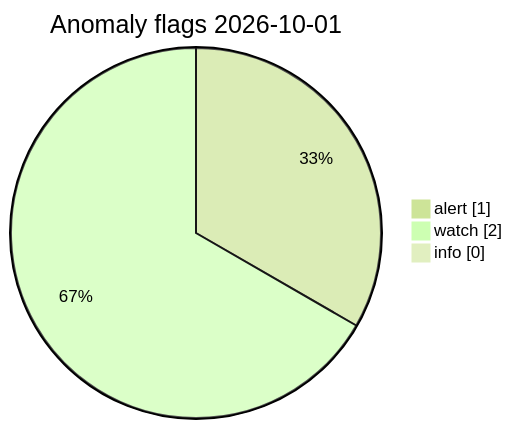
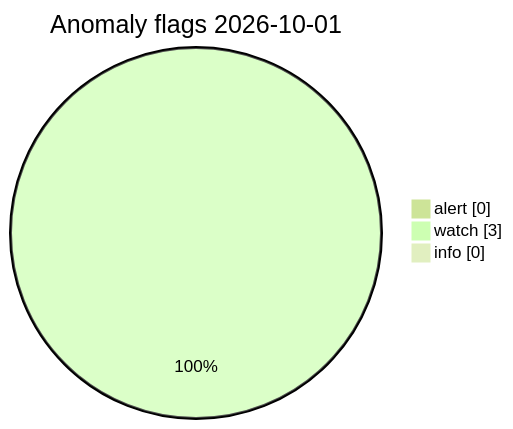
Before and after one commit to Midwest-Stratospheric/Unified-Open-Global-Weather: the diagram in visuals/latest/CHARTS.md, drawn with Mermaid (forest theme). The commit also changed other lines of this file and 11 other files, not shown here.

Commit message:
data(visuals): automated charts 2026-10-01T16:39Z

````diff
--- a/visuals/latest/CHARTS.md
+++ b/visuals/latest/CHARTS.md
@@ -73,7 +73,7 @@
 ```mermaid
 pie showData
   title Anomaly flags 2026-10-01
-  "alert" : 1
-  "watch" : 2
+  "alert" : 0
+  "watch" : 3
   "info" : 0
 ```
````
